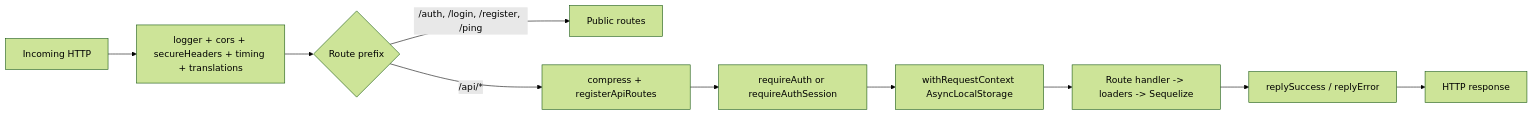
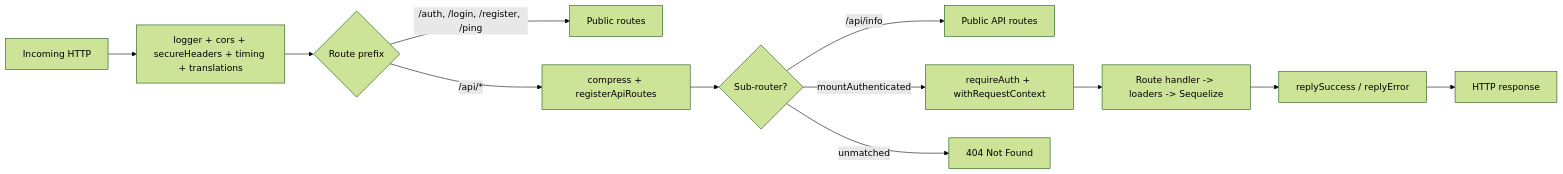
One commit to stacks-task-manager/stacks changed the diagram in packages/server/docs/ONBOARDING.md. Above: the diagram before and after it, drawn with Mermaid (forest theme). The commit also changed other lines of this file and 1 other file, not shown here.

First line of the commit message:
Update server and onboarding documentation to reflect changes in API route authentication

````diff
--- a/packages/server/docs/ONBOARDING.md
+++ b/packages/server/docs/ONBOARDING.md
@@ -46,12 +46,14 @@
 ```mermaid
 flowchart LR
     A[Incoming HTTP] --> B[logger + cors + secureHeaders + timing + translations]
     B --> C{Route prefix}
     C -->|/auth, /login, /register, /ping| D[Public routes]
     C -->|/api/*| E[compress + registerApiRoutes]
-    E --> F[requireAuth or requireAuthSession]
-    F --> G[withRequestContext AsyncLocalStorage]
-    G --> H[Route handler -> loaders -> Sequelize]
-    H --> I[replySuccess / replyError]
-    I --> J[HTTP response]
+    E --> F{Sub-router?}
+    F -->|/api/info| G[Public API routes]
+    F -->|mountAuthenticated| H[requireAuth + withRequestContext]
+    F -->|unmatched| K[404 Not Found]
+    H --> I[Route handler -> loaders -> Sequelize]
+    I --> J[replySuccess / replyError]
+    J --> L[HTTP response]
 ```
````
